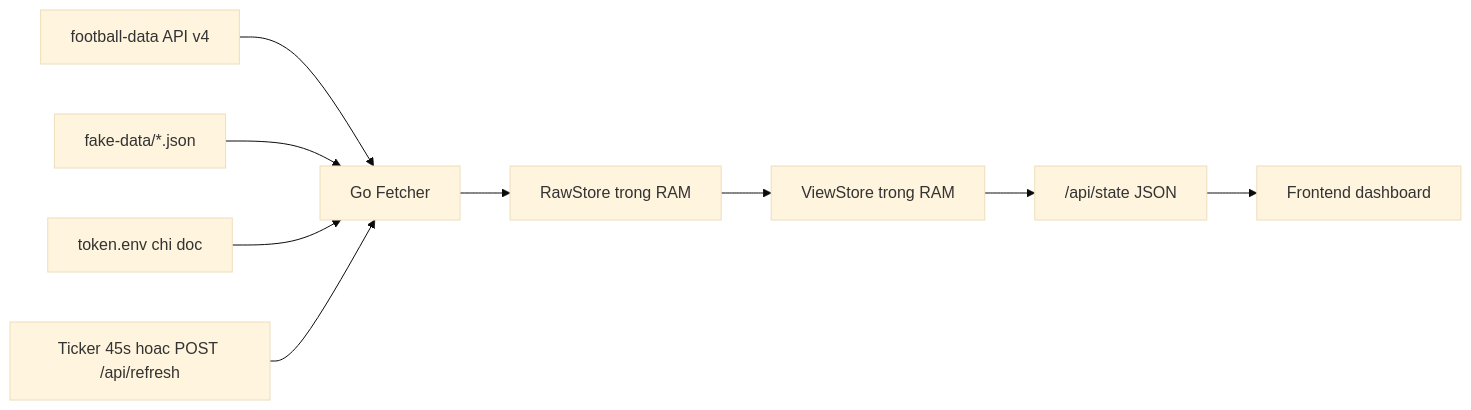
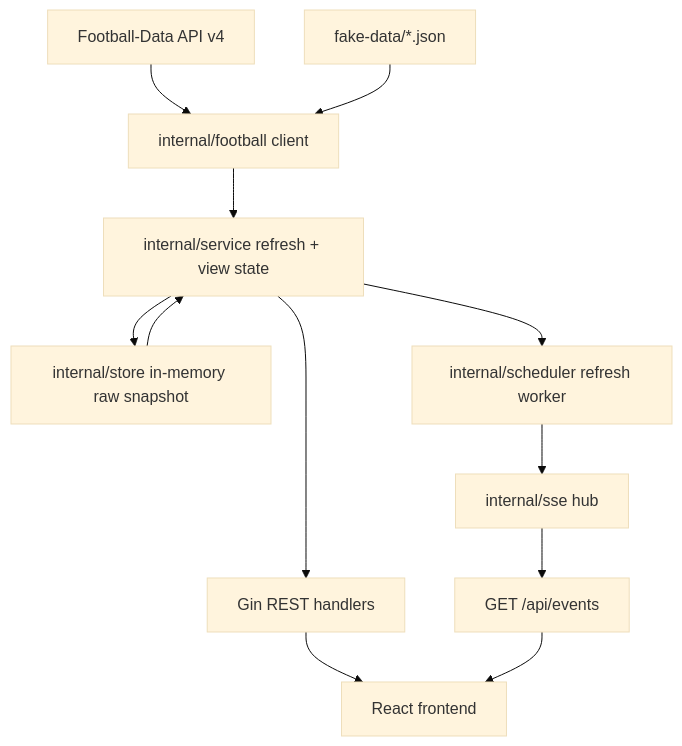
The diagram in README.md (punpuntmq/2nd-world-cup-website), drawn with Mermaid (base theme) before and after one commit. The commit also changed other lines of this file and 24 other files, not shown here.

Commit message:
chore: base architecture refactor

````diff
--- a/README.md
+++ b/README.md
@@ -29,11 +9,14 @@
 ```mermaid
-flowchart LR
-  A["football-data API v4"] --> B["Go Fetcher"]
-  F["fake-data/*.json"] --> B
-  T["token.env chi doc"] --> B
-  B --> C["RawStore trong RAM"]
-  C --> D["ViewStore trong RAM"]
-  D --> E["/api/state JSON"]
-  E --> U["Frontend dashboard"]
-  R["Ticker 45s hoac POST /api/refresh"] --> B
+flowchart TD
+    API["Football-Data API v4"] --> Client["internal/football client"]
+    Fake["fake-data/*.json"] --> Client
+    Client --> Service["internal/service refresh + view state"]
+    Service --> Store["internal/store in-memory raw snapshot"]
+    Service --> Scheduler["internal/scheduler refresh worker"]
+    Scheduler --> Hub["internal/sse hub"]
+    Store --> Service
+    Service --> REST["Gin REST handlers"]
+    Hub --> SSE["GET /api/events"]
+    REST --> React["React frontend"]
+    SSE --> React
 ```
````
